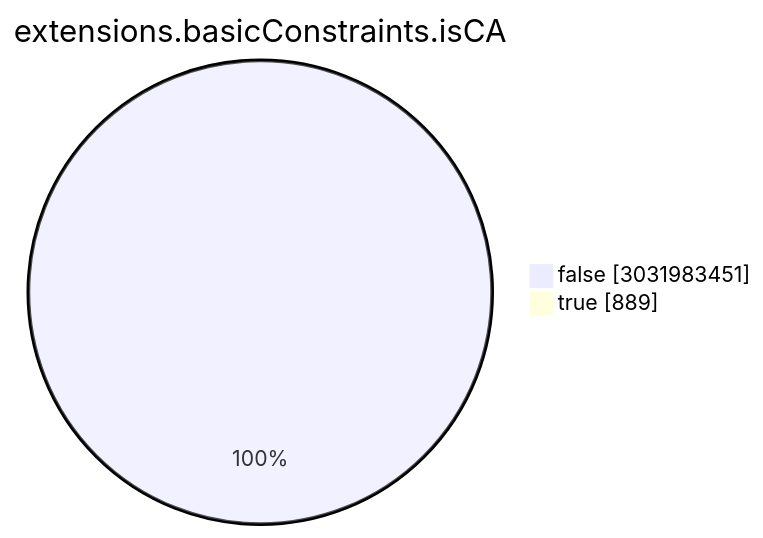
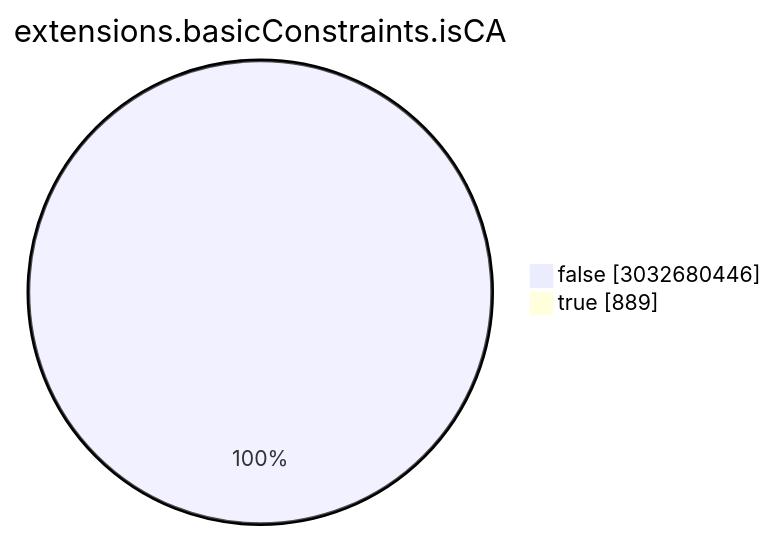
The seventh of 15 diagrams in TOTAL/README.md (christiankrug/ctmonitor_visualization), drawn with Mermaid before and after one commit. The commit also changed other lines of this file, not shown here.

````diff
--- a/TOTAL/README.md
+++ b/TOTAL/README.md
@@ -3086,6 +3086,6 @@
 ```mermaid
 pie showData
 title extensions.basicConstraints.isCA
-"false" :3031983451
+"false" :3032680446
 "true" :889
 ```
````
